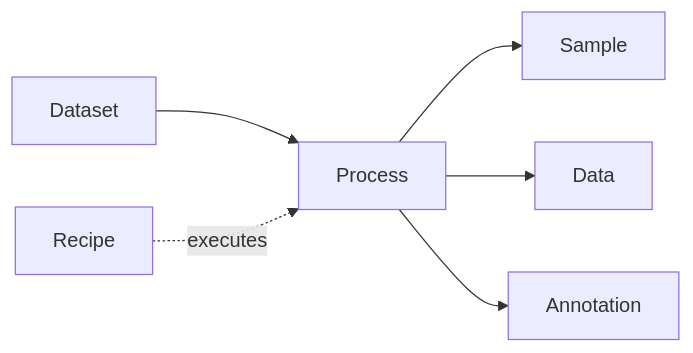
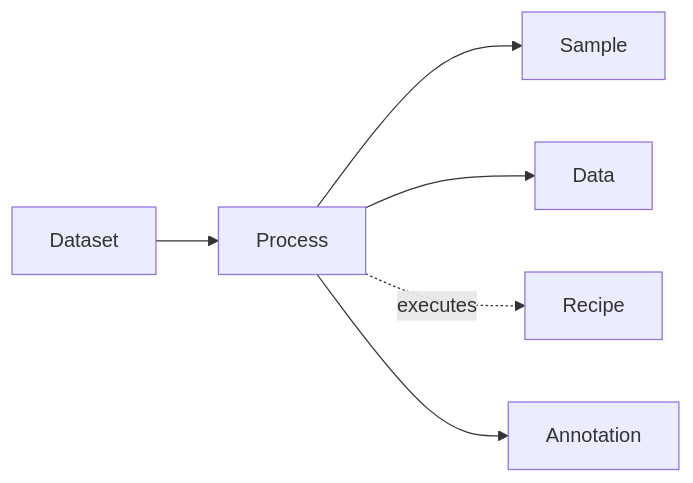
One commit to HLWeil/ProcessCore changed the diagram in docs/index.md. Above: the diagram before and after it, drawn with Mermaid. The commit also changed 2 other files, not shown here.

Commit message:
small fix to mermaid edges

````diff
--- a/docs/index.md
+++ b/docs/index.md
@@ -25,8 +25,8 @@
 ```mermaid
 flowchart LR
     dataset[Dataset] --> process[Process]
     process --> sample[Sample]
     process --> data[Data]
-    protocol[Recipe] -. executes .-> process
+    process -. executes .-> recipe[Recipe]
     process --> value[Annotation]
 ```
````
